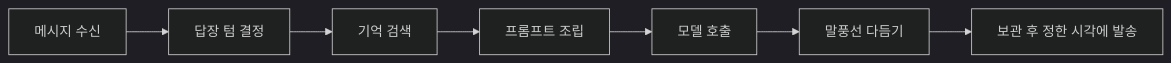
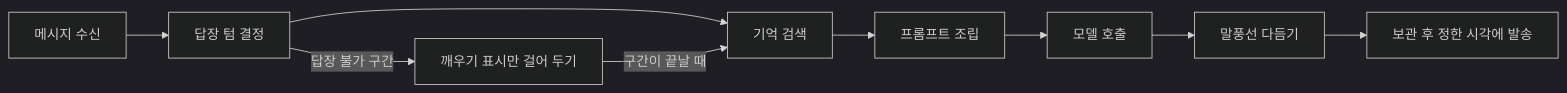
The second of 5 diagrams in modules.md (hyewon3938/random-ai-companion), drawn with Mermaid (dark theme) before and after one commit. The commit also changed other lines of this file and 1 other file, not shown here.

````diff
--- a/modules.md
+++ b/modules.md
@@ -26,9 +26,11 @@
 ```mermaid
 flowchart LR
     IN["메시지 수신"] --> TIMING["답장 텀 결정"]
     TIMING --> MEM["기억 검색"]
     MEM --> CTX["프롬프트 조립"]
     CTX --> LLM["모델 호출"]
     LLM --> POLISH["말풍선 다듬기"]
     POLISH --> PEND["보관 후 정한 시각에 발송"]
+    TIMING -->|"답장 불가 구간"| WAKE["깨우기 표시만 걸어 두기"]
+    WAKE -->|"구간이 끝날 때"| MEM
 ```
````
